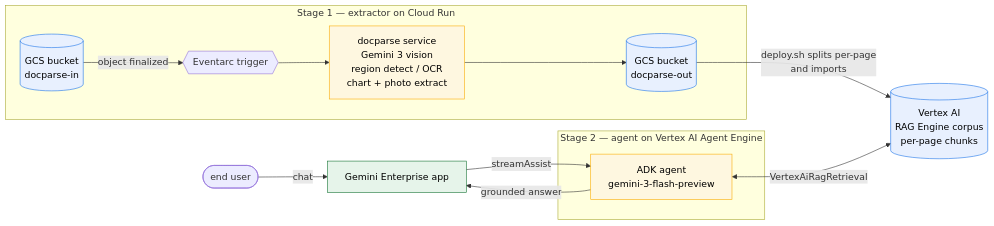
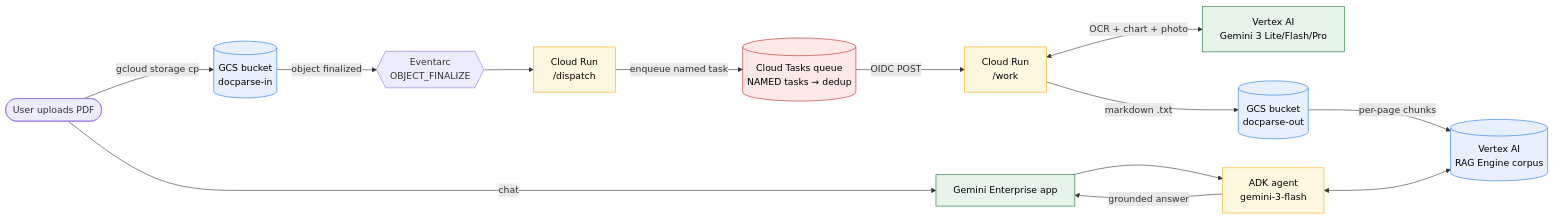
Before and after one commit to jchavezar/vertex-ai-samples: the first of 2 diagrams in semiautonomous-agents/docparse/README.md, drawn with Mermaid. The commit also changed other lines of this file and 20 other files, not shown here.

First line of the commit message:
feat(docparse): v6 — Cloud Tasks dedup + hybrid extraction + eval dashboard

````diff
--- a/semiautonomous-agents/docparse/README.md
+++ b/semiautonomous-agents/docparse/README.md
@@ -77,33 +44,35 @@
 ```mermaid
 flowchart LR
-    USER([end user])
-
-    subgraph EXTRACTION[Stage 1 — extractor on Cloud Run]
-        IN[(GCS bucket<br/>docparse-in)]
-        EA{{Eventarc trigger}}
-        CR[docparse service<br/>Gemini 3 vision<br/>region detect / OCR<br/>chart + photo extract]
-        OUT[(GCS bucket<br/>docparse-out)]
-        IN -->|object finalized| EA --> CR --> OUT
-    end
-
-    RAG[(Vertex AI<br/>RAG Engine corpus<br/>per-page chunks)]
-
-    subgraph SERVE[Stage 2 — agent on Vertex AI Agent Engine]
-        AGENT[ADK agent<br/>gemini-3-flash-preview]
-    end
-
+    USER([User uploads PDF])
+    IN[(GCS bucket<br/>docparse-in)]
+    EA{{Eventarc<br/>OBJECT_FINALIZE}}
+    DISP["Cloud Run<br/>/dispatch"]
+    TQ[(Cloud Tasks queue<br/>NAMED tasks → dedup)]
+    WORK["Cloud Run<br/>/work"]
+    GEM[Vertex AI<br/>Gemini 3 Lite/Flash/Pro]
+    OUT[(GCS bucket<br/>docparse-out)]
+    RAG[(Vertex AI<br/>RAG Engine corpus)]
+    AGENT[ADK agent<br/>gemini-3-flash]
     GE[Gemini Enterprise app]
 
-    OUT -->|deploy.sh splits per-page<br/>and imports| RAG
+    USER -->|gcloud storage cp| IN
+    IN -->|object finalized| EA --> DISP
+    DISP -->|enqueue named task| TQ
+    TQ -->|OIDC POST| WORK
+    WORK <-->|OCR + chart + photo| GEM
+    WORK -->|markdown .txt| OUT
+    OUT -->|per-page chunks| RAG
     USER -->|chat| GE
-    GE -->|streamAssist| AGENT
-    AGENT <-->|VertexAiRagRetrieval| RAG
+    GE --> AGENT
+    AGENT <--> RAG
     AGENT -->|grounded answer| GE
 
     classDef bucket fill:#e8f0fe,stroke:#1a73e8,color:#000
-    classDef service fill:#fef7e0,stroke:#f9ab00,color:#000
-    classDef ge fill:#e6f4ea,stroke:#137333,color:#000
+    classDef compute fill:#fef7e0,stroke:#f9ab00,color:#000
+    classDef queue fill:#fce8e6,stroke:#c5221f,color:#000
+    classDef llm fill:#e6f4ea,stroke:#137333,color:#000
     class IN,OUT,RAG bucket
-    class CR,AGENT service
-    class GE ge
+    class DISP,WORK,AGENT compute
+    class TQ queue
+    class GEM,GE llm
 ```
````
